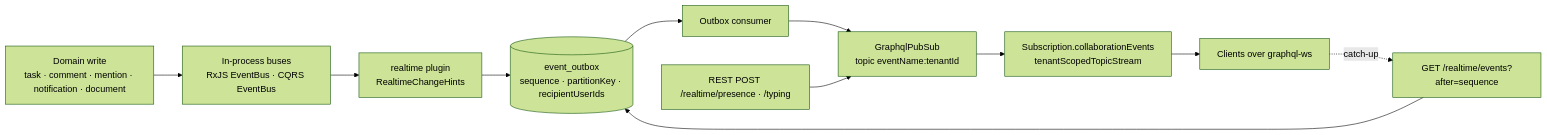
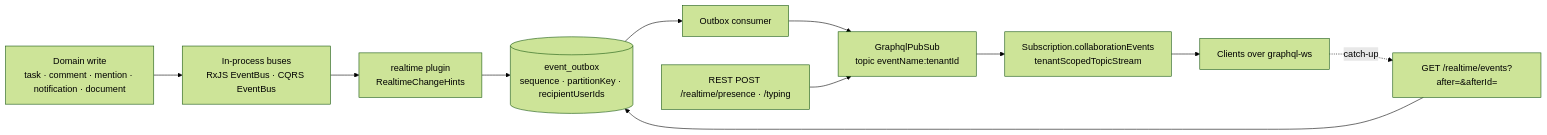
One commit to ever-co/ever-gauzy changed the diagram in docs/specs/features/realtime-channel/plan.md. Above: the diagram before and after it, drawn with Mermaid (forest theme). The commit also changed other lines of this file and 1 other file, not shown here.

Commit message:
docs(specs): realtime catch-up walks an exact (time, id) cursor; notification hints come from the saved-row event

````diff
--- a/docs/specs/features/realtime-channel/plan.md
+++ b/docs/specs/features/realtime-channel/plan.md
@@ -16,12 +16,12 @@
 ```mermaid
 flowchart LR
     W[Domain write<br/>task · comment · mention · notification · document] --> B[In-process buses<br/>RxJS EventBus · CQRS EventBus]
     B --> H[realtime plugin<br/>RealtimeChangeHints]
     H --> O[(event_outbox<br/>sequence · partitionKey · recipientUserIds)]
     O --> C[Outbox consumer] --> P[GraphqlPubSub<br/>topic eventName:tenantId]
     S[REST POST /realtime/presence · /typing] --> P
     P --> F[Subscription.collaborationEvents<br/>tenantScopedTopicStream]
     F --> CL[Clients over graphql-ws]
-    CL -. catch-up .-> R[GET /realtime/events?after=sequence]
+    CL -. catch-up .-> R[GET /realtime/events?after=&afterId=]
     R --> O
 ```
````
